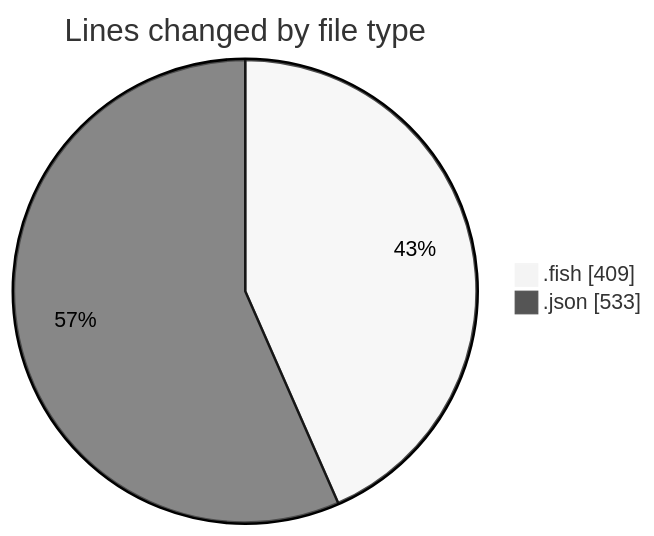
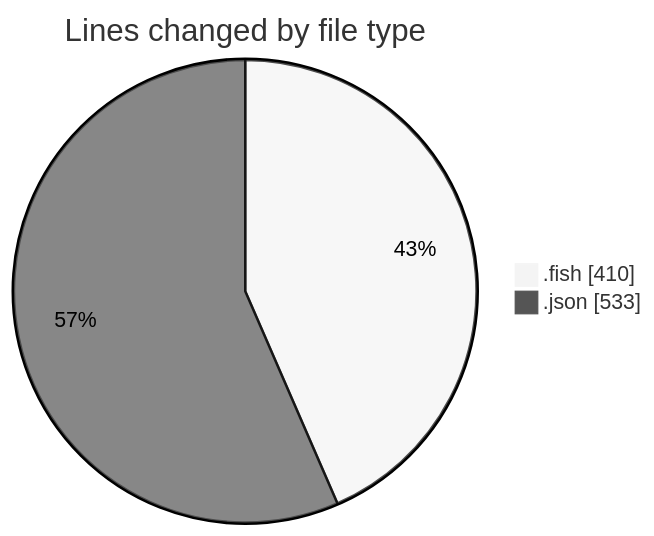
The first of 2 diagrams in 2025-07-22/fish/README.md (EIIisD/code-tracking), drawn with Mermaid (neutral theme) before and after one commit. The commit also changed other lines of this file and 1 other file, not shown here.

````diff
--- a/2025-07-22/fish/README.md
+++ b/2025-07-22/fish/README.md
@@ -23,6 +23,6 @@
 ```mermaid
 pie showData
 title Lines changed by file type
-".fish" : 409
+".fish" : 410
 ".json" : 533
 ```
````
